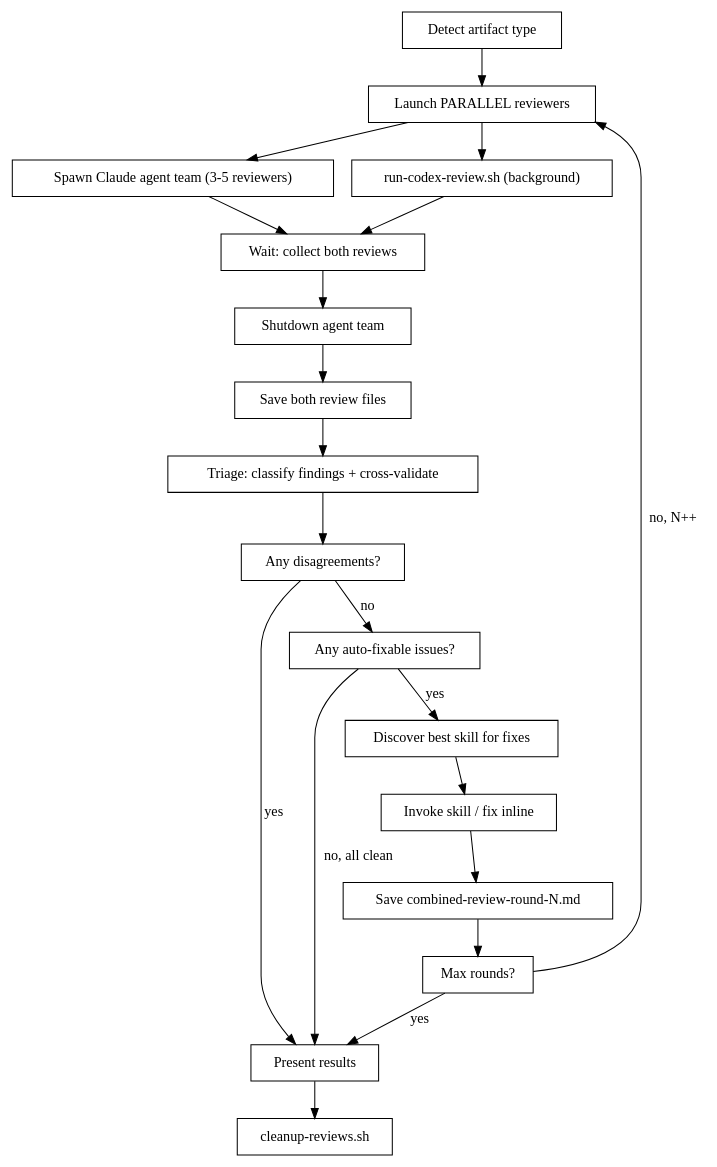
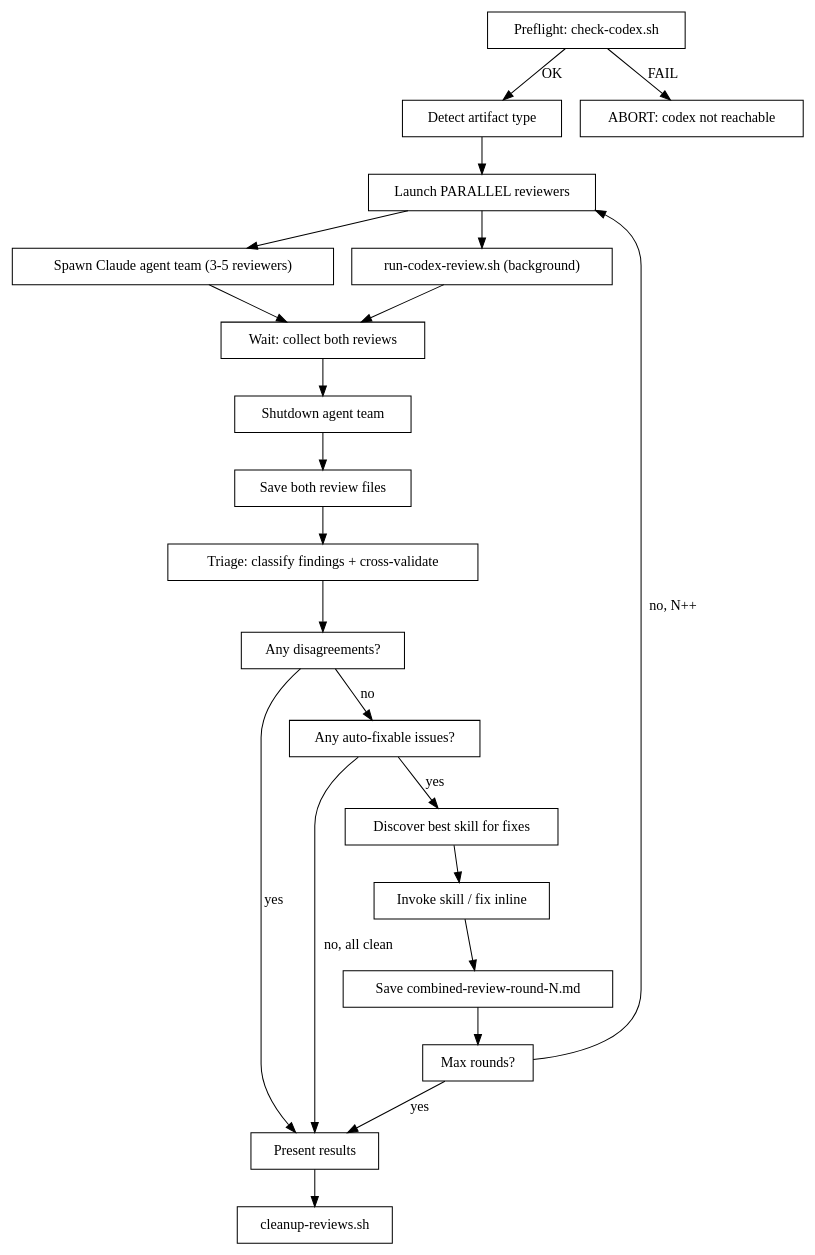
Before and after one commit to DmitriyYukhanov/claude-plugins: the diagram in plugins/cross-review/skills/cross-review/SKILL.md, drawn with Graphviz. The commit also changed other lines of this file and 13 other files, not shown here.

First line of the commit message:
Add Codex preflight check with WSL support and shared script pattern

````diff
--- a/plugins/cross-review/skills/cross-review/SKILL.md
+++ b/plugins/cross-review/skills/cross-review/SKILL.md
@@ -70,30 +77,32 @@
 ```dot
 digraph cross_review_loop {
     rankdir=TB;
     node [shape=box];
 
+    "Preflight: check-codex.sh" -> "Detect artifact type" [label="OK"];
+    "Preflight: check-codex.sh" -> "ABORT: codex not reachable" [label="FAIL"];
     "Detect artifact type" -> "Launch PARALLEL reviewers";
     "Launch PARALLEL reviewers" -> "Spawn Claude agent team (3-5 reviewers)";
     "Launch PARALLEL reviewers" -> "run-codex-review.sh (background)";
     "Spawn Claude agent team (3-5 reviewers)" -> "Wait: collect both reviews";
     "run-codex-review.sh (background)" -> "Wait: collect both reviews";
     "Wait: collect both reviews" -> "Shutdown agent team";
     "Shutdown agent team" -> "Save both review files";
     "Save both review files" -> "Triage: classify findings + cross-validate";
 
     "Triage: classify findings + cross-validate" -> "Any disagreements?";
     "Any disagreements?" -> "Present results" [label="yes"];
     "Any disagreements?" -> "Any auto-fixable issues?" [label="no"];
 
     "Any auto-fixable issues?" -> "Discover best skill for fixes" [label="yes"];
     "Any auto-fixable issues?" -> "Present results" [label="no, all clean"];
 
     "Discover best skill for fixes" -> "Invoke skill / fix inline";
     "Invoke skill / fix inline" -> "Save combined-review-round-N.md";
     "Save combined-review-round-N.md" -> "Max rounds?";
     "Max rounds?" -> "Present results" [label="yes"];
     "Max rounds?" -> "Launch PARALLEL reviewers" [label="no, N++"];
 
     "Present results" -> "cleanup-reviews.sh";
 }
 ```
````
